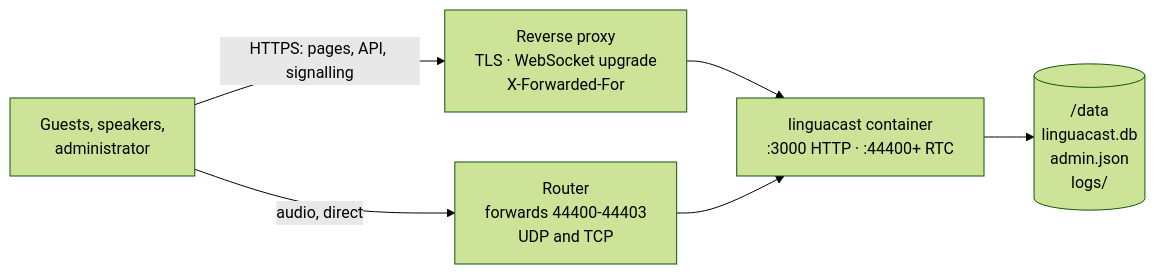
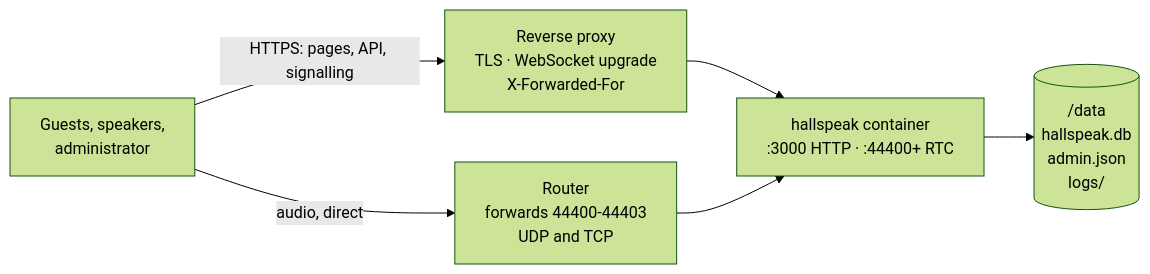
One commit to simon-vajda/hallspeak changed the diagram in docs/hosting.md. Above: the diagram before and after it, drawn with Mermaid (forest theme). The commit also changed other lines of this file and 220 other files, not shown here.

````diff
--- a/docs/hosting.md
+++ b/docs/hosting.md
@@ -13,12 +13,12 @@
 ```mermaid
 flowchart LR
   G["Guests, speakers,<br/>administrator"]
   P["Reverse proxy<br/>TLS · WebSocket upgrade<br/>X-Forwarded-For"]
   R["Router<br/>forwards 44400-44403<br/>UDP and TCP"]
-  C["linguacast container<br/>:3000 HTTP · :44400+ RTC"]
-  D[("/data<br/>linguacast.db<br/>admin.json<br/>logs/")]
+  C["hallspeak container<br/>:3000 HTTP · :44400+ RTC"]
+  D[("/data<br/>hallspeak.db<br/>admin.json<br/>logs/")]
 
   G -- "HTTPS: pages, API, signalling" --> P --> C
   G -- "audio, direct" --> R --> C
   C --> D
 ```
````
